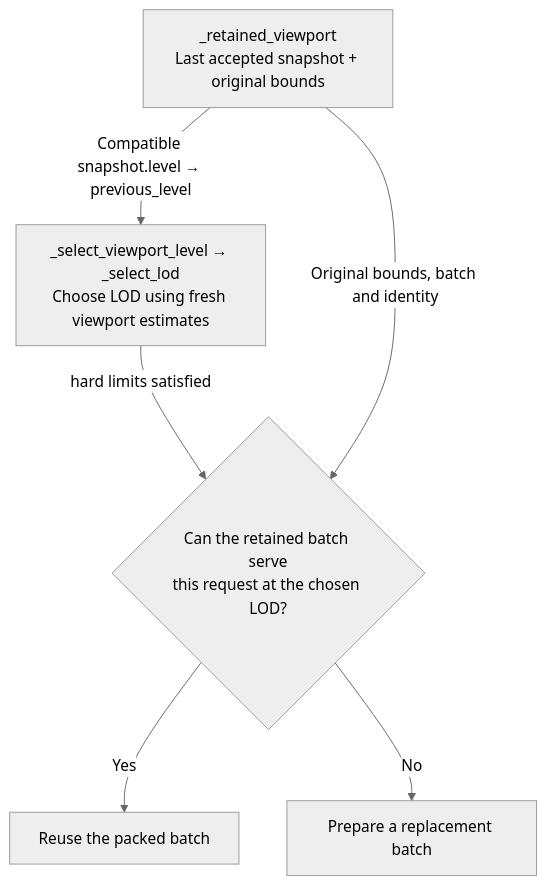
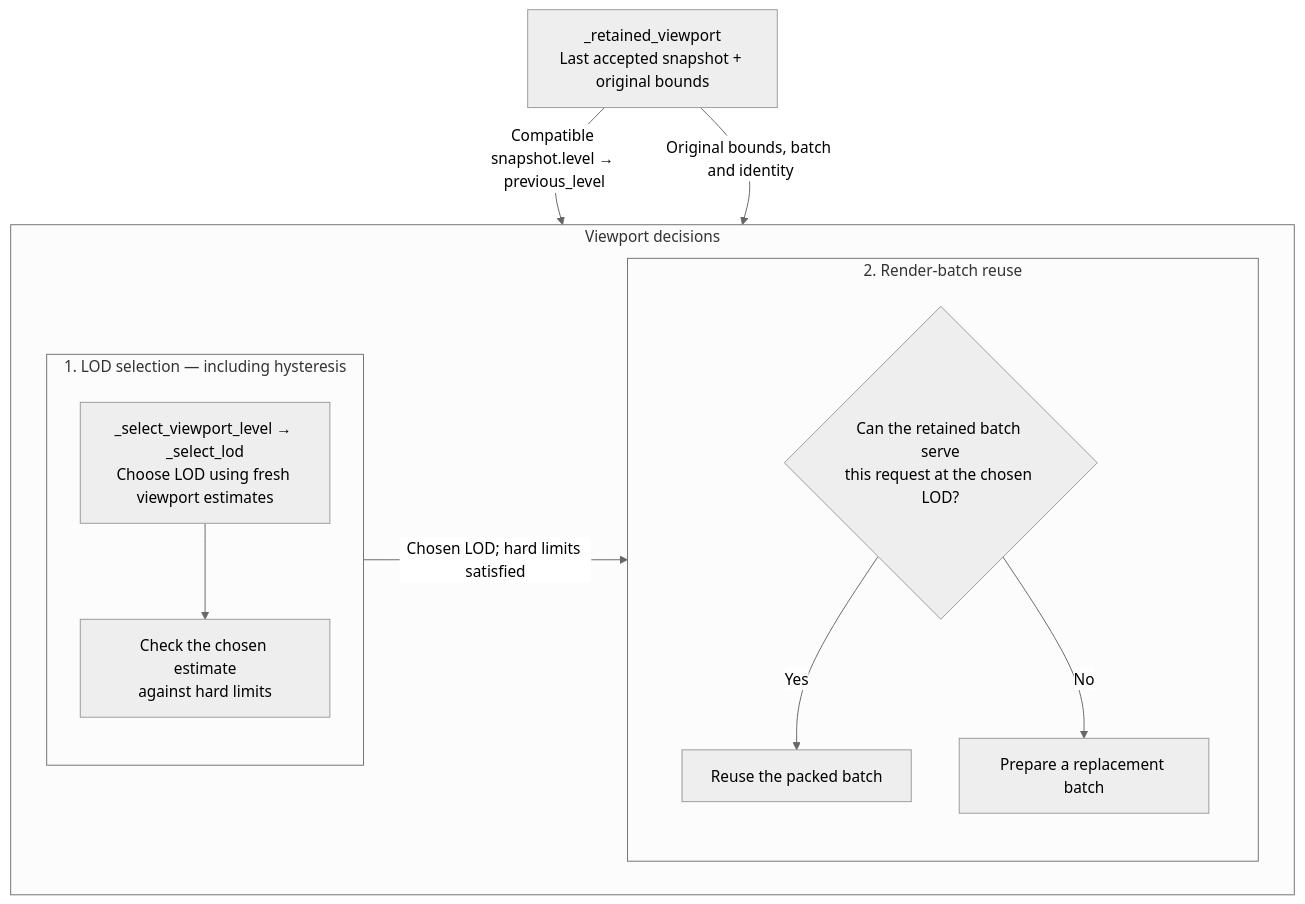
Before and after one commit to vibspatial/napari-harpy: the second of 2 diagrams in src/napari_harpy/viewer/tiled_points/runtime/RUNTIME_FLOW.md, drawn with Mermaid (neutral theme). The commit also changed other lines of this file, not shown here.

````diff
--- a/src/napari_harpy/viewer/tiled_points/runtime/RUNTIME_FLOW.md
+++ b/src/napari_harpy/viewer/tiled_points/runtime/RUNTIME_FLOW.md
@@ -157,14 +159,28 @@
 ```mermaid
-flowchart TD
+flowchart TB
     R["_retained_viewport<br/>Last accepted snapshot + original bounds"]
-    L["_select_viewport_level → _select_lod<br/>Choose LOD using fresh viewport estimates"]
-    Q{"Can the retained batch serve<br/>this request at the chosen LOD?"}
-    U["Reuse the packed batch"]
-    N["Prepare a replacement batch"]
 
-    R -->|"Compatible snapshot.level → previous_level"| L
-    L -->|"hard limits satisfied"| Q
-    R -->|"Original bounds, batch and identity"| Q
-    Q -->|Yes| U
-    Q -->|No| N
+    subgraph Decisions["Viewport decisions"]
+        direction LR
+        subgraph LOD["1. LOD selection — including hysteresis"]
+            direction TB
+            L["_select_viewport_level → _select_lod<br/>Choose LOD using fresh viewport estimates"]
+            H["Check the chosen estimate<br/>against hard limits"]
+            L --> H
+        end
+
+        subgraph Reuse["2. Render-batch reuse"]
+            direction TB
+            Q{"Can the retained batch serve<br/>this request at the chosen LOD?"}
+            U["Reuse the packed batch"]
+            N["Prepare a replacement batch"]
+            Q -->|Yes| U
+            Q -->|No| N
+        end
+
+        LOD -->|"Chosen LOD; hard limits satisfied"| Reuse
+    end
+
+    R -->|"Compatible snapshot.level → previous_level"| LOD
+    R -->|"Original bounds, batch and identity"| Reuse
 ```
````
